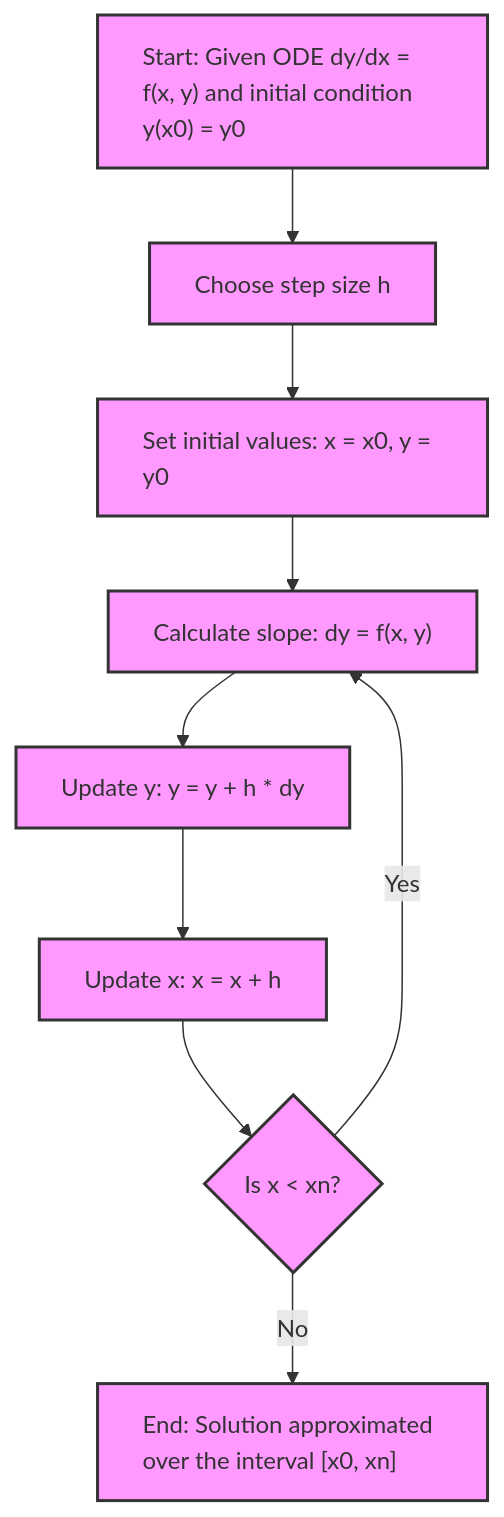
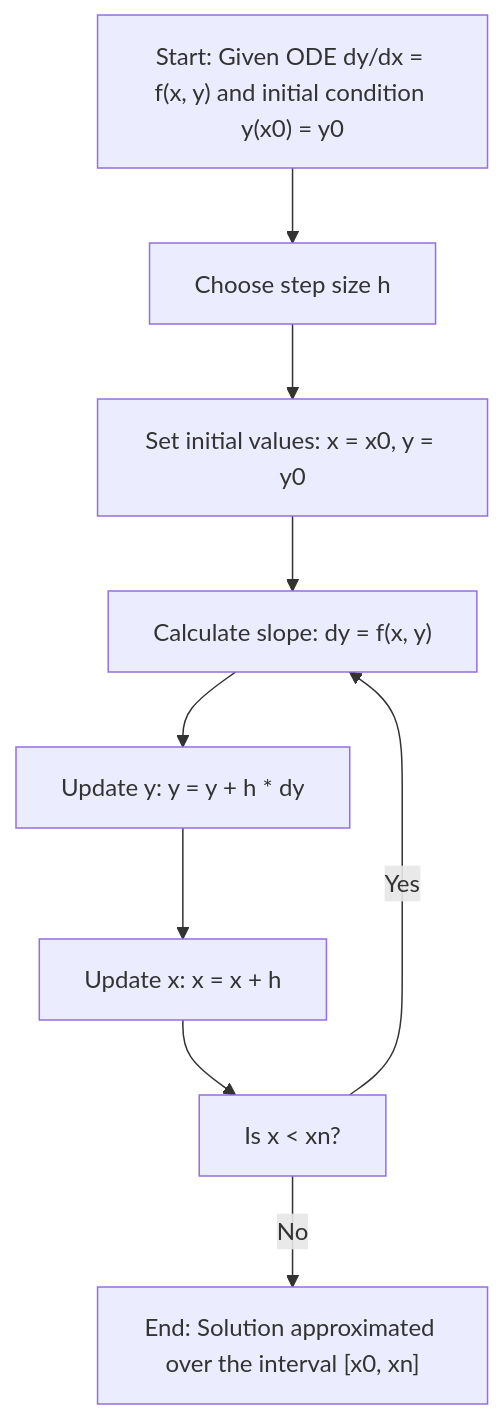
One commit to nishantaMishra/computational-physics-in-python changed the second of 2 diagrams in ordinaryDifferntialEquations/README.md. Above: the diagram before and after it, drawn with Mermaid. The commit also changed other lines of this file, not shown here.

````diff
--- a/ordinaryDifferntialEquations/README.md
+++ b/ordinaryDifferntialEquations/README.md
@@ -29,15 +29,11 @@
 ```mermaid
 graph TD
-    classDef wrapText fill:#f9f,stroke:#333,stroke-width:2px,text-align:left;
-    
-    A["Start: Given ODE dy/dx = f(x, y) and initial condition y(x0) = y0"] --> B[Choose step size h]
-    B --> C["Set initial values: x = x0, y = y0"]
-    C --> D["Calculate slope: dy = f(x, y)"]
-    D --> E["Update y: y = y + h * dy"]
-    E --> F["Update x: x = x + h"]
-    F --> G{"Is x < xn?"}
+    A["`Start: Given ODE dy/dx = f(x, y) and initial condition y(x0) = y0`"] --> B["`Choose step size h`"]
+    B --> C["`Set initial values: x = x0, y = y0`"]
+    C --> D["`Calculate slope: dy = f(x, y)`"]
+    D --> E["`Update y: y = y + h * dy`"]
+    E --> F["`Update x: x = x + h`"]
+    F --> G["`Is x < xn?`"]
     G --> |Yes| D
-    G --> |No| H["End: Solution approximated over the interval [x0, xn]"]
-    
-    class A,B,C,D,E,F,G,H wrapText;
+    G --> |No| H["`End: Solution approximated over the interval [x0, xn]`"]
 ```
````
